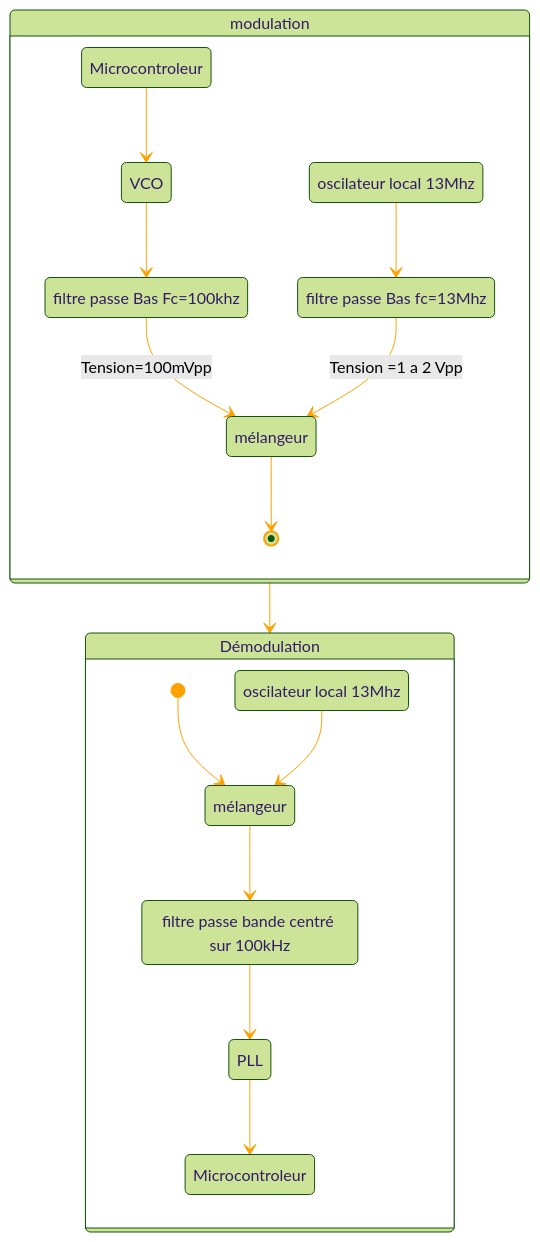
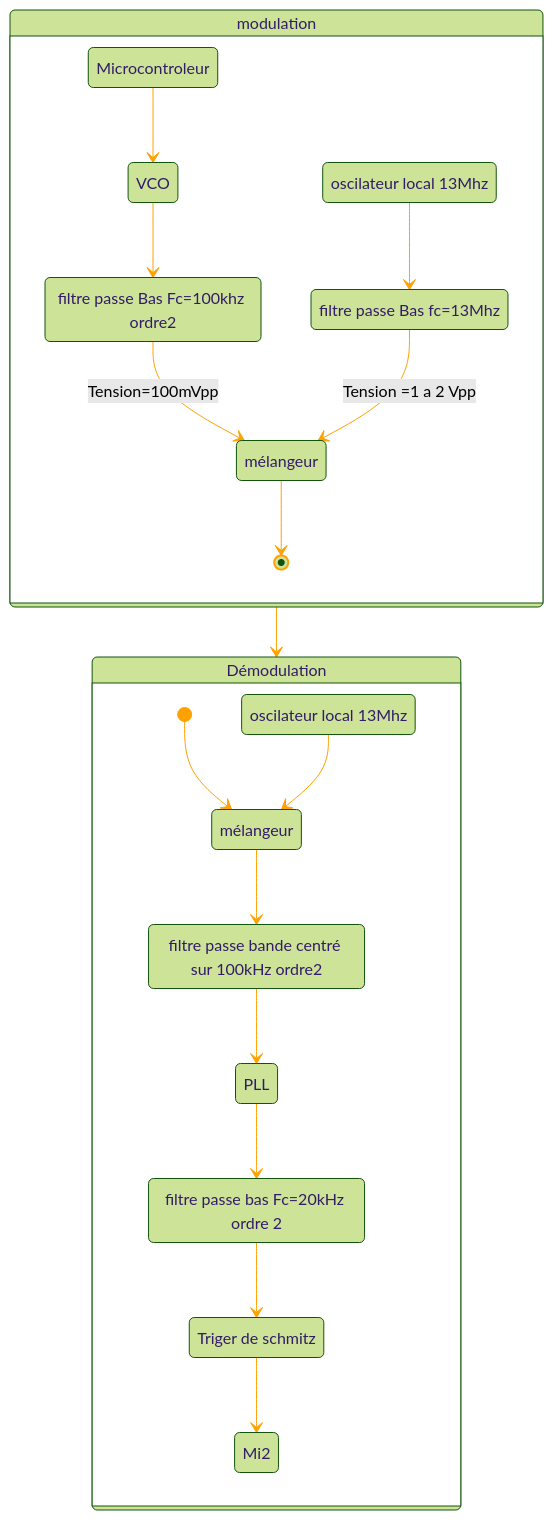
Before and after one commit to mg-mods/iut-lyon1-but-geii-sae-6: the diagram in HF/ReadMe.md, drawn with Mermaid.

Commit message:
schemas bloque finit

````diff
--- a/HF/ReadMe.md
+++ b/HF/ReadMe.md
@@ -5,52 +5,55 @@
 ```mermaid
 ---
 config:
   theme: forest
   themeVariables:
     lineColor: '#FFA100'
 
 ---
 
 stateDiagram
   direction TB
   state modulation {
     direction TB
     Mi1 --> V1
     Ol1 --> PB1
     V1 --> PB2
     PB2 --> Me1 :Tension=100mVpp
     PB1 --> Me1 :Tension =1 a 2 Vpp
     Me1 --> [*]
     Mi1
     V1
     Ol1
     PB1
     PB2
     Me1
   }
   state Démodulation {
     direction TB
     [*] --> Me2
     Ol2 --> Me2
     Me2 --> PB3
     PB3 --> PLL
-    PLL --> Mi2
+    PLL --> PB4
+    PB4 -->trig
+     trig -->Mi2
 [*]    Me2
     Ol2
     PB3
     PLL
     Mi2
   }
   modulation --> Démodulation
   Mi1:Microcontroleur
   V1:VCO
   Ol1:oscilateur local 13Mhz
   PB1:filtre passe Bas fc=13Mhz
-  PB2:filtre passe Bas Fc=100khz
+  PB2:filtre passe Bas Fc=100khz ordre2
   Me1:mélangeur
   Me2:mélangeur
   Ol2:oscilateur local 13Mhz
-  PB3:filtre passe bande centré sur 100kHz
-  Mi2:Microcontroleur
+  PB3:filtre passe bande centré sur 100kHz ordre2
+  PB4:filtre passe bas Fc=20kHz ordre 2
+  trig:Triger de schmitz
 
   ```
````
